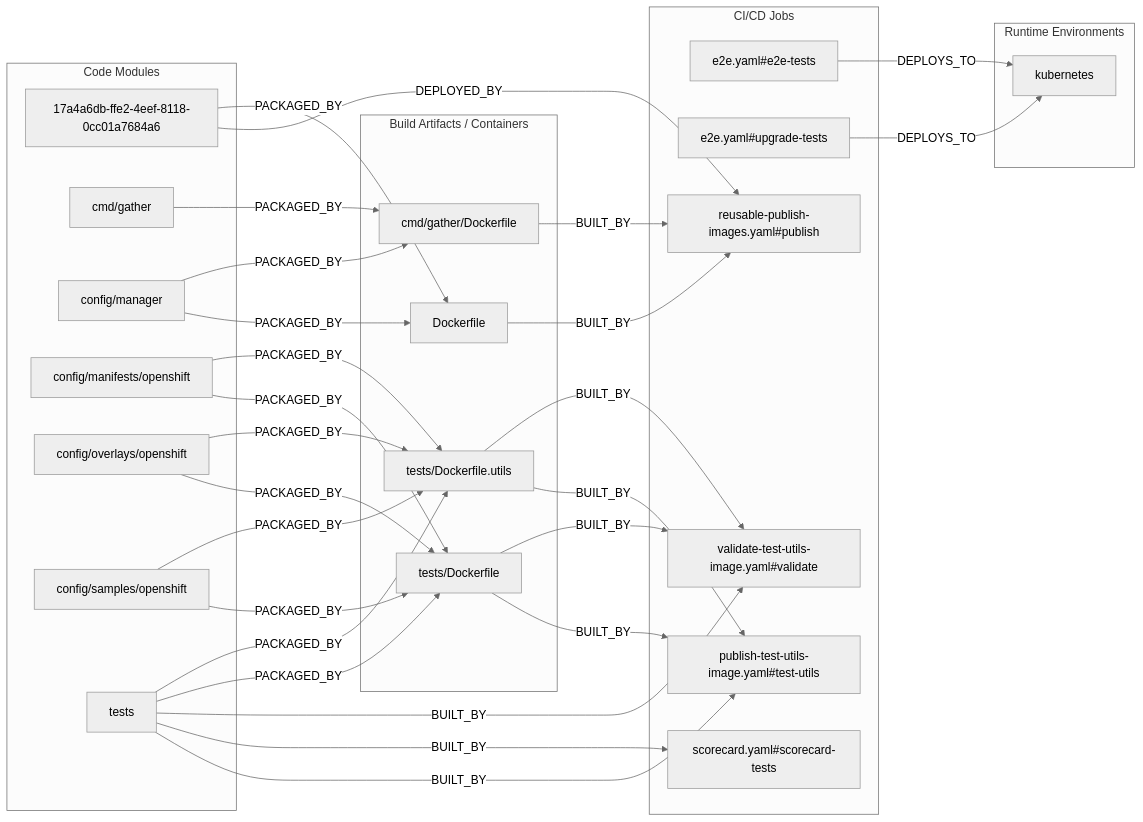
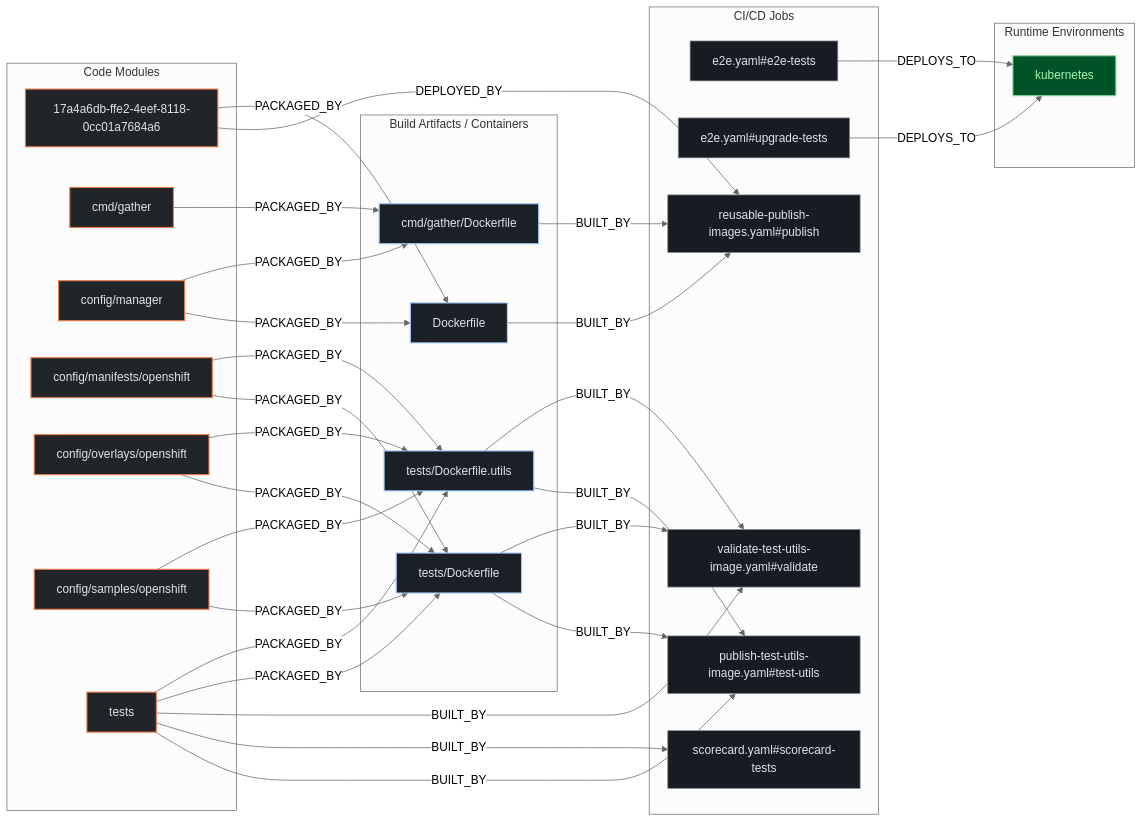
Before and after one commit to kumarshaz/atruss-code-atlas: the second of 3 diagrams in exports/latest/reports/grafana-tempo-operator-report.md, drawn with Mermaid (neutral theme). The commit also changed other lines of this file and 331 other files, not shown here.

Commit message:
docs,ui,fix: update SDLC docs, reorder CI/CD DAG first, stylize Mermaid, and fix Arc42 pipeline topology

````diff
--- a/exports/latest/reports/grafana-tempo-operator-report.md
+++ b/exports/latest/reports/grafana-tempo-operator-report.md
@@ -227,53 +234,57 @@
 ```mermaid
 flowchart LR
+    classDef atlasCategory fill:#212428,stroke:#E87A48,stroke-width:1.5px,color:#dfe3eb
+    classDef atlasWorkflow fill:#1b2026,stroke:#a3c9ff,stroke-width:1.5px,color:#dfe3eb
+    classDef atlasJob fill:#171c22,stroke:#8d9199,stroke-width:1px,color:#dfe3eb
+    classDef atlasTarget fill:#005227,stroke:#8bd99b,stroke-width:1.5px,color:#a7f6b6
     subgraph code_modules["Code Modules"]
-        mod_17a4a6db_ffe2_4eef_8118_0cc01a7684a6["17a4a6db-ffe2-4eef-8118-0cc01a7684a6"]
-        mod_cmd_gather["cmd/gather"]
-        mod_config_manager["config/manager"]
-        mod_config_manifests_openshift["config/manifests/openshift"]
-        mod_config_overlays_openshift["config/overlays/openshift"]
-        mod_config_samples_openshift["config/samples/openshift"]
-        mod_tests["tests"]
+        mod_17a4a6db_ffe2_4eef_8118_0cc01a7684a6["17a4a6db-ffe2-4eef-8118-0cc01a7684a6"]:::atlasCategory
+        mod_cmd_gather["cmd/gather"]:::atlasCategory
+        mod_config_manager["config/manager"]:::atlasCategory
+        mod_config_manifests_openshift["config/manifests/openshift"]:::atlasCategory
+        mod_config_overlays_openshift["config/overlays/openshift"]:::atlasCategory
+        mod_config_samples_openshift["config/samples/openshift"]:::atlasCategory
+        mod_tests["tests"]:::atlasCategory
     end
     subgraph build_artifacts["Build Artifacts / Containers"]
-        art_Dockerfile["Dockerfile"]
-        art_cmd_gather_Dockerfile["cmd/gather/Dockerfile"]
-        art_tests_Dockerfile["tests/Dockerfile"]
-        art_tests_Dockerfile_utils["tests/Dockerfile.utils"]
+        art_Dockerfile["Dockerfile"]:::atlasWorkflow
+        art_cmd_gather_Dockerfile["cmd/gather/Dockerfile"]:::atlasWorkflow
+        art_tests_Dockerfile["tests/Dockerfile"]:::atlasWorkflow
+        art_tests_Dockerfile_utils["tests/Dockerfile.utils"]:::atlasWorkflow
     end
     subgraph ci_jobs["CI/CD Jobs"]
-        job_e2e_yaml_e2e_tests["e2e.yaml#e2e-tests"]
-        job_e2e_yaml_upgrade_tests["e2e.yaml#upgrade-tests"]
-        job_publish_test_utils_image_yaml_test_utils["publish-test-utils-image.yaml#test-utils"]
-        job_reusable_publish_images_yaml_publish["reusable-publish-images.yaml#publish"]
-        job_scorecard_yaml_scorecard_tests["scorecard.yaml#scorecard-tests"]
-        job_validate_test_utils_image_yaml_validate["validate-test-utils-image.yaml#validate"]
+        job_e2e_yaml_e2e_tests["e2e.yaml#e2e-tests"]:::atlasJob
+        job_e2e_yaml_upgrade_tests["e2e.yaml#upgrade-tests"]:::atlasJob
+        job_publish_test_utils_image_yaml_test_utils["publish-test-utils-image.yaml#test-utils"]:::atlasJob
+        job_reusable_publish_images_yaml_publish["reusable-publish-images.yaml#publish"]:::atlasJob
+        job_scorecard_yaml_scorecard_tests["scorecard.yaml#scorecard-tests"]:::atlasJob
+        job_validate_test_utils_image_yaml_validate["validate-test-utils-image.yaml#validate"]:::atlasJob
     end
     subgraph runtime_envs["Runtime Environments"]
-        env_kubernetes["kubernetes"]
+        env_kubernetes["kubernetes"]:::atlasTarget
     end
     job_e2e_yaml_e2e_tests -->|DEPLOYS_TO| env_kubernetes
     job_e2e_yaml_upgrade_tests -->|DEPLOYS_TO| env_kubernetes
     mod_17a4a6db_ffe2_4eef_8118_0cc01a7684a6 -->|DEPLOYED_BY| job_reusable_publish_images_yaml_publish
     mod_17a4a6db_ffe2_4eef_8118_0cc01a7684a6 -->|PACKAGED_BY| art_Dockerfile
     mod_cmd_gather -->|PACKAGED_BY| art_cmd_gather_Dockerfile
     mod_config_manager -->|PACKAGED_BY| art_Dockerfile
     mod_config_manager -->|PACKAGED_BY| art_cmd_gather_Dockerfile
     mod_config_manifests_openshift -->|PACKAGED_BY| art_tests_Dockerfile
     mod_config_manifests_openshift -->|PACKAGED_BY| art_tests_Dockerfile_utils
     mod_config_overlays_openshift -->|PACKAGED_BY| art_tests_Dockerfile
     mod_config_overlays_openshift -->|PACKAGED_BY| art_tests_Dockerfile_utils
     mod_config_samples_openshift -->|PACKAGED_BY| art_tests_Dockerfile
     mod_config_samples_openshift -->|PACKAGED_BY| art_tests_Dockerfile_utils
     mod_tests -->|BUILT_BY| job_publish_test_utils_image_yaml_test_utils
     mod_tests -->|BUILT_BY| job_scorecard_yaml_scorecard_tests
     mod_tests -->|BUILT_BY| job_validate_test_utils_image_yaml_validate
     mod_tests -->|PACKAGED_BY| art_tests_Dockerfile
     mod_tests -->|PACKAGED_BY| art_tests_Dockerfile_utils
     art_Dockerfile -->|BUILT_BY| job_reusable_publish_images_yaml_publish
     art_cmd_gather_Dockerfile -->|BUILT_BY| job_reusable_publish_images_yaml_publish
     art_tests_Dockerfile -->|BUILT_BY| job_publish_test_utils_image_yaml_test_utils
     art_tests_Dockerfile -->|BUILT_BY| job_validate_test_utils_image_yaml_validate
     art_tests_Dockerfile_utils -->|BUILT_BY| job_publish_test_utils_image_yaml_test_utils
     art_tests_Dockerfile_utils -->|BUILT_BY| job_validate_test_utils_image_yaml_validate
 ```
````
